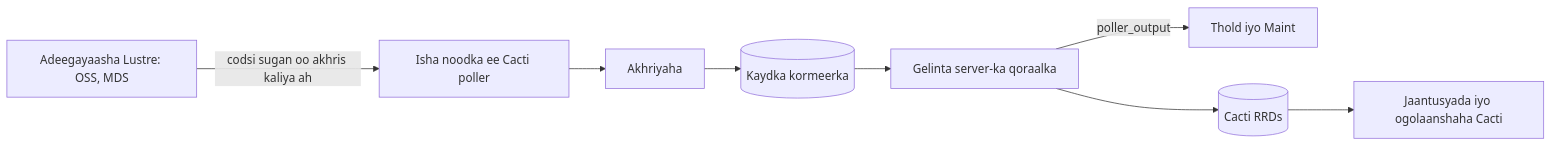
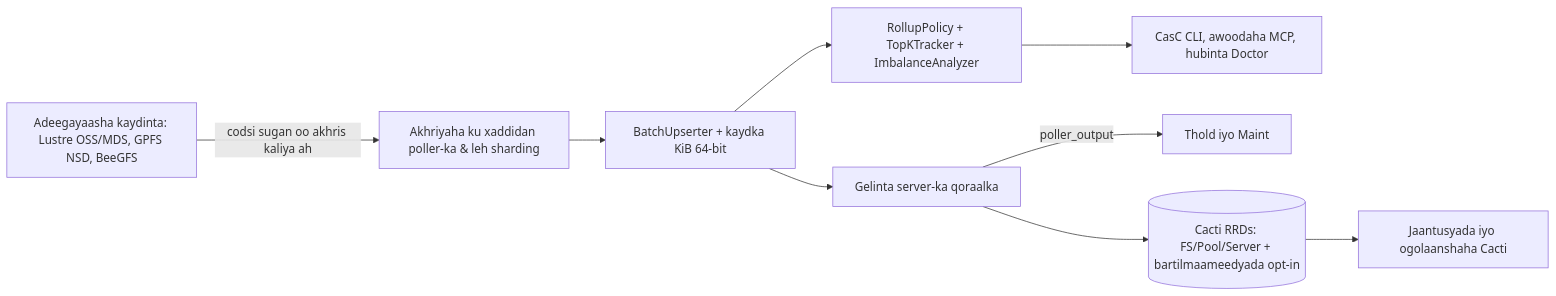
One commit to somethingwithproof/plugin_pfs changed the diagram in docs/i18n/so-SO/README.md. Above: the diagram before and after it, drawn with Mermaid. The commit also changed other lines of this file and 47 other files, not shown here.

````diff
--- a/docs/i18n/so-SO/README.md
+++ b/docs/i18n/so-SO/README.md
@@ -64,10 +72,11 @@
 ```mermaid
 flowchart LR
-    N[Adeegayaasha Lustre: OSS, MDS] -->|codsi sugan oo akhris kaliya ah| S[Isha noodka ee Cacti poller]
-    S --> R[Akhriyaha]
-    R --> C[(Kaydka kormeerka)]
-    C --> SS[Gelinta server-ka qoraalka]
-    SS -->|poller_output| T[Thold iyo Maint]
-    SS --> RRD[(Cacti RRDs)]
-    RRD --> G[Jaantusyada iyo ogolaanshaha Cacti]
+    N["Adeegayaasha kaydinta: Lustre OSS/MDS, GPFS NSD, BeeGFS"] -->|codsi sugan oo akhris kaliya ah| S["Akhriyaha ku xaddidan poller-ka & leh sharding"]
+    S --> B["BatchUpserter + kaydka KiB 64-bit"]
+    B --> R["RollupPolicy + TopKTracker + ImbalanceAnalyzer"]
+    B --> SS["Gelinta server-ka qoraalka"]
+    R --> ECO["CasC CLI, awoodaha MCP, hubinta Doctor"]
+    SS -->|poller_output| T["Thold iyo Maint"]
+    SS --> RRD[("Cacti RRDs: FS/Pool/Server + bartilmaameedyada opt-in")]
+    RRD --> G["Jaantusyada iyo ogolaanshaha Cacti"]
 ```
````
